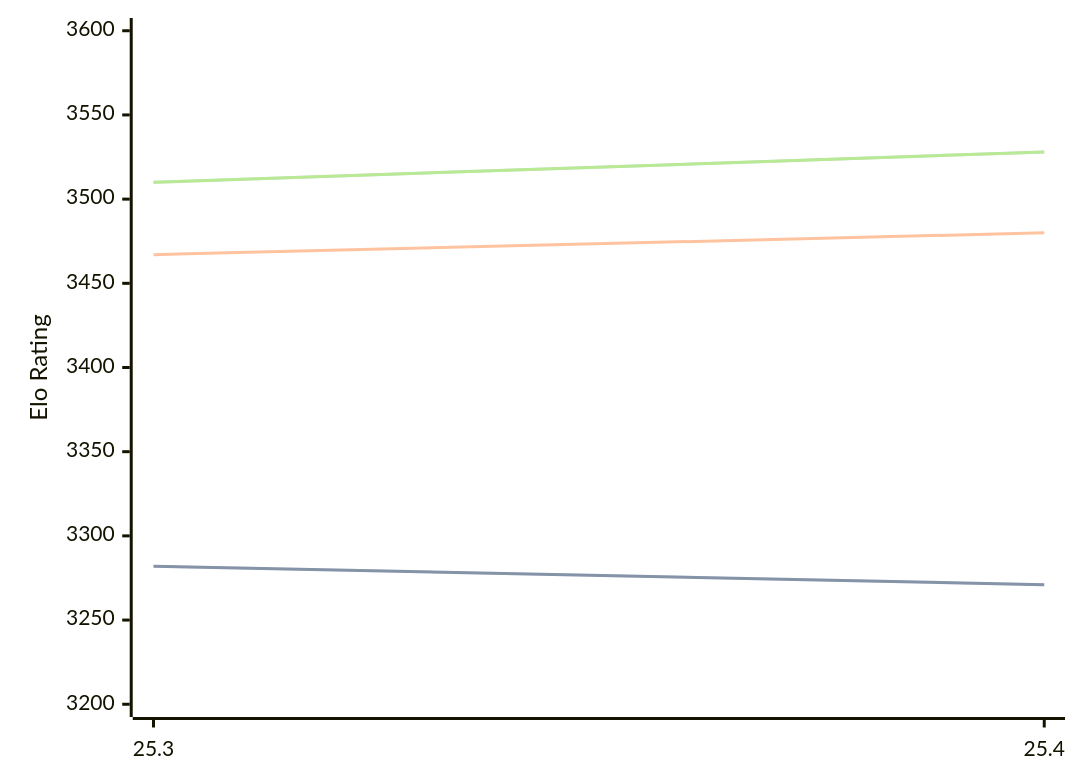
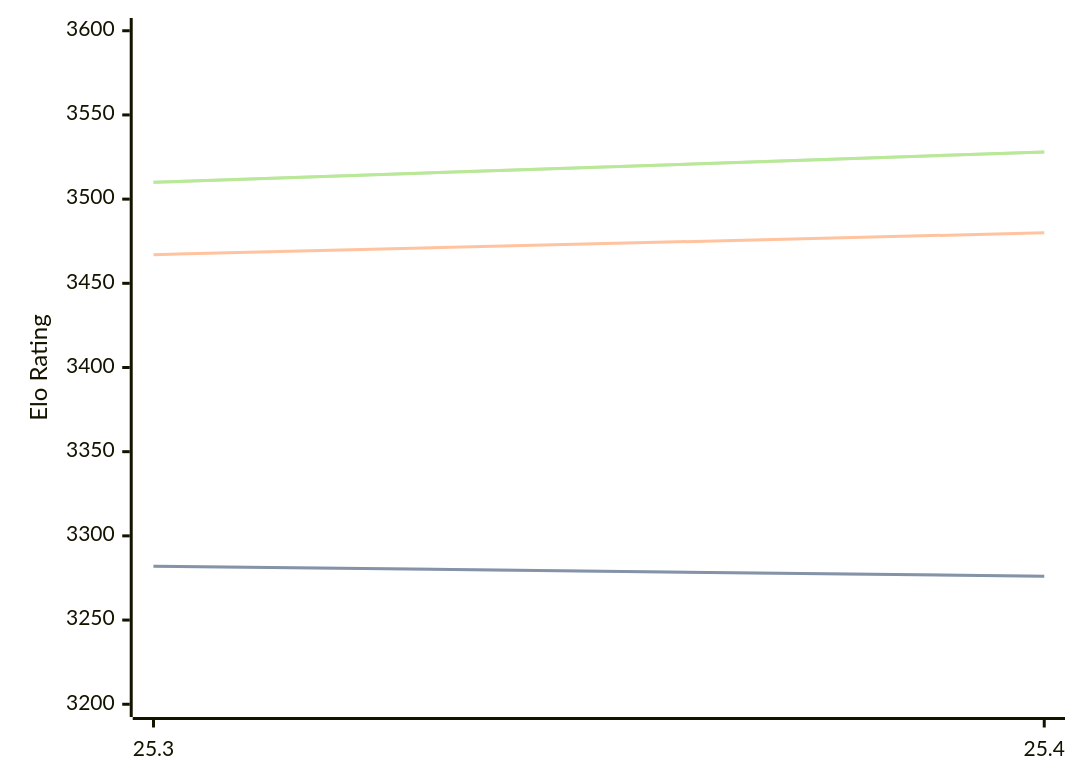
One commit to computer-chess-index/cci changed the diagram in engines/Arasan.md. Above: the diagram before and after it, drawn with Mermaid. The commit also changed other lines of this file, not shown here.

Commit message:
Update CCI Ratings (ELO VLTC) - 2026-04-20

````diff
--- a/engines/Arasan.md
+++ b/engines/Arasan.md
@@ -33,11 +33,11 @@
 ```mermaid
 %%{init: {"theme":"base","themeVariables":{"seriesColors:['#a3a3a3','#222221','#faa371']}}}%%
 xychart-beta
   x-axis ["25.3", "25.4"]
   y-axis "Elo Rating" 3200 --> 3600
-  line "STC (8.0+0.08s)" [3282, 3271]
-  line "STC (8.0+0.08s)" [3282, 3271]
+  line "STC (8.0+0.08s)" [3282, 3276]
+  line "STC (8.0+0.08s)" [3282, 3276]
   line "LTC (60.0+0.60s)" [3467, 3480]
   line "VLTC (2m24s+1.12s)" [3510, 3528]
   line "VLTC (2m24s+1.12s)" [3510, 3528]
 ```
````
